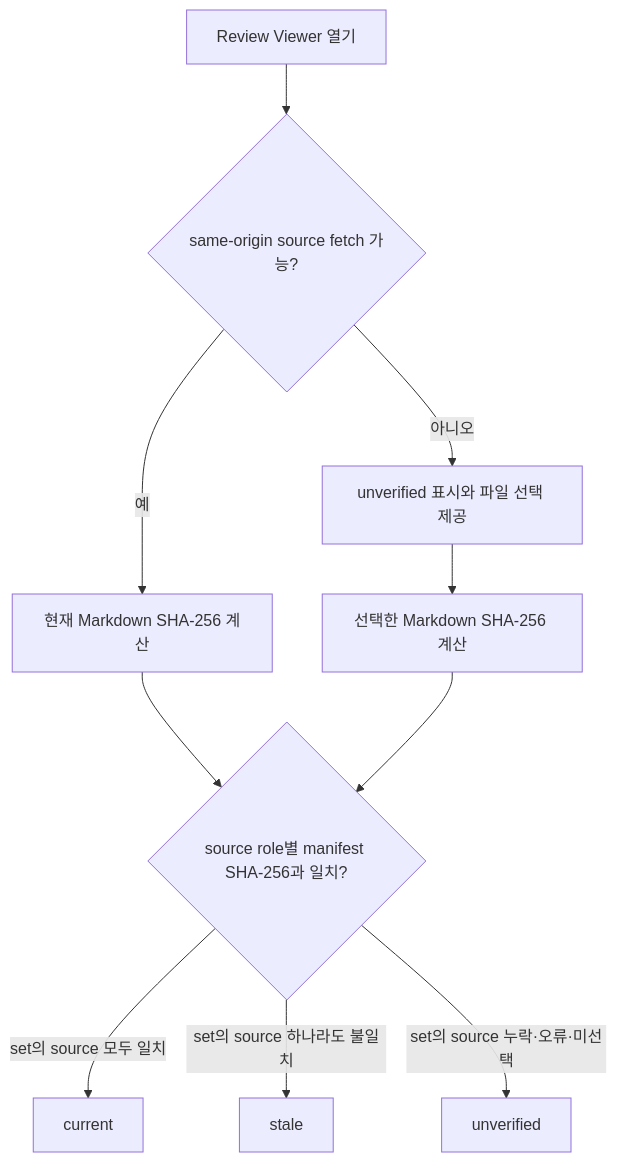
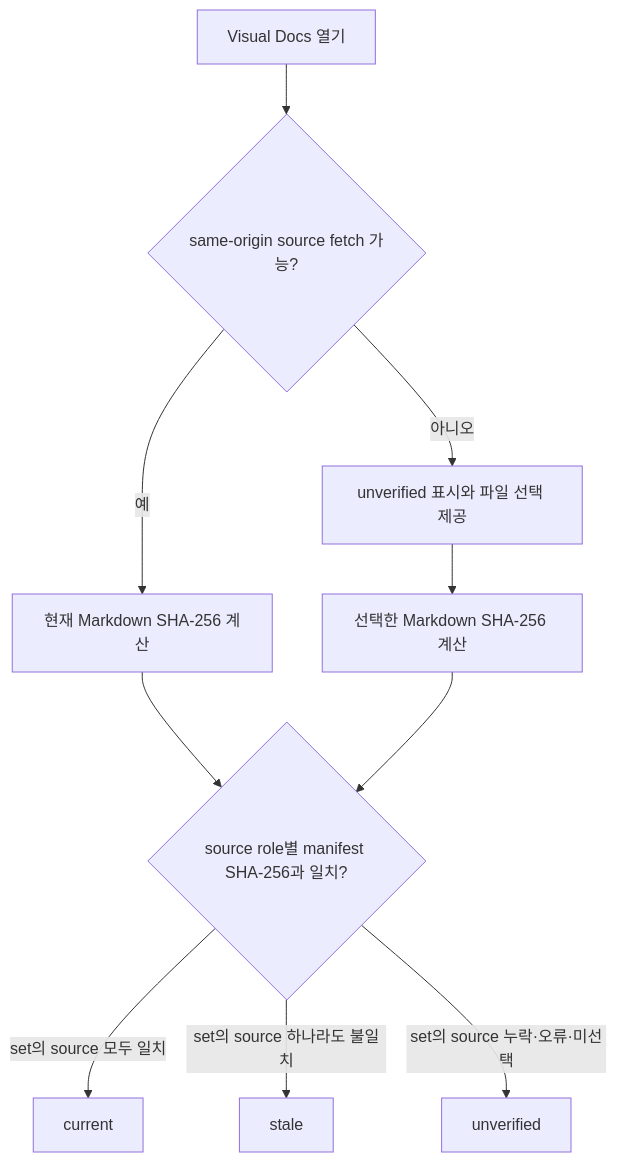
Before and after one commit to hope1026/aiagent-plugins: the third of 3 diagrams in docs/specs/review-viewer-lifecycle/human-readable-review-viewer.md, drawn with Mermaid. The commit also changed other lines of this file and 103 other files, not shown here.

Commit message:
feat(forge): replace review viewer with visual docs

````diff
--- a/docs/specs/review-viewer-lifecycle/human-readable-review-viewer.md
+++ b/docs/specs/review-viewer-lifecycle/human-readable-review-viewer.md
@@ -78,12 +84,12 @@
 ```mermaid
 flowchart TD
-    A[Review Viewer 열기] --> B{same-origin source fetch 가능?}
+    A[Visual Docs 열기] --> B{same-origin source fetch 가능?}
     B -- 예 --> C[현재 Markdown SHA-256 계산]
     B -- 아니오 --> D[unverified 표시와 파일 선택 제공]
     D --> E[선택한 Markdown SHA-256 계산]
     C --> F{source role별 manifest SHA-256과 일치?}
     E --> F
     F -- set의 source 모두 일치 --> G[current]
     F -- set의 source 하나라도 불일치 --> H[stale]
     F -- set의 source 누락·오류·미선택 --> I[unverified]
 ```
````
